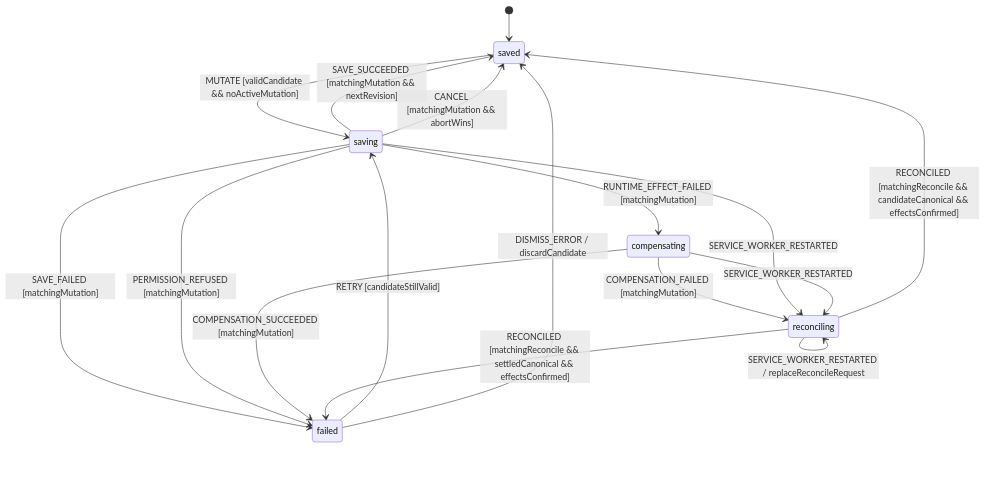
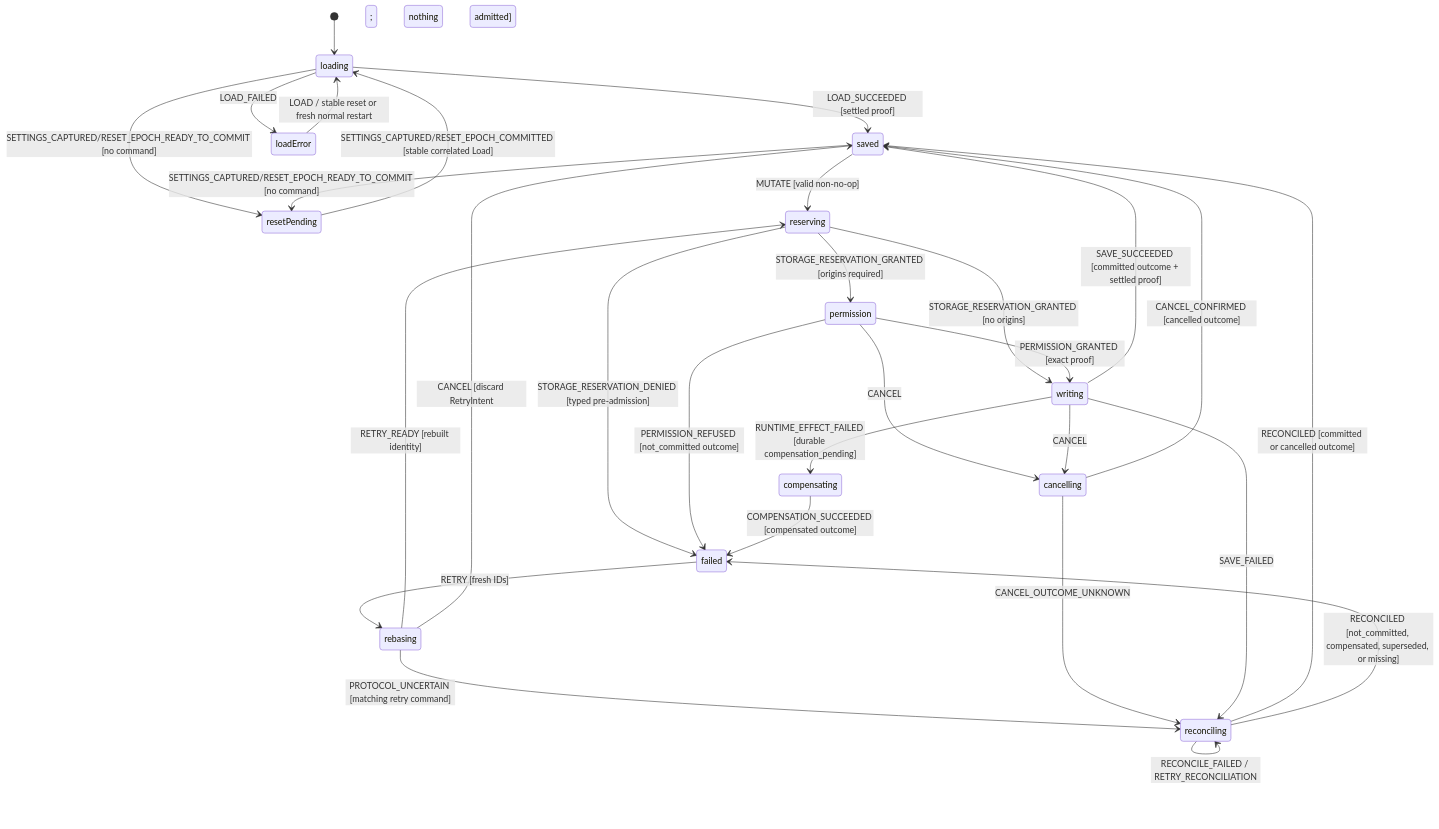
The diagram in apps/extension/src/models/settings-persistence.model.md (guyghost/pulse), drawn with Mermaid before and after one commit. The commit also changed other lines of this file and 14 other files, not shown here.

````diff
--- a/apps/extension/src/models/settings-persistence.model.md
+++ b/apps/extension/src/models/settings-persistence.model.md
@@ -111,22 +668,31 @@
 ```mermaid
 stateDiagram-v2
-  [*] --> saved
-  saved --> saving: MUTATE [validCandidate && noActiveMutation]
-  saving --> saved: SAVE_SUCCEEDED [matchingMutation && nextRevision]
-  saving --> failed: SAVE_FAILED [matchingMutation]
-  saving --> failed: PERMISSION_REFUSED [matchingMutation]
-  saving --> compensating: RUNTIME_EFFECT_FAILED [matchingMutation]
-  compensating --> failed: COMPENSATION_SUCCEEDED [matchingMutation]
-  compensating --> reconciling: COMPENSATION_FAILED [matchingMutation]
-  saving --> reconciling: SERVICE_WORKER_RESTARTED
-  compensating --> reconciling: SERVICE_WORKER_RESTARTED
-  reconciling --> saved: RECONCILED [matchingReconcile && candidateCanonical && effectsConfirmed]
-  reconciling --> failed: RECONCILED [matchingReconcile && settledCanonical && effectsConfirmed]
-  reconciling --> reconciling: RECONCILED [matchingReconcile && effectsUnconfirmed]
-  reconciling --> reconciling: RECONCILE_FAILED [matchingReconcile]
-  reconciling --> reconciling: RETRY_RECONCILIATION
-  reconciling --> reconciling: SERVICE_WORKER_RESTARTED / replaceReconcileRequest
-  failed --> saving: RETRY [candidateStillValid]
-  failed --> saved: DISMISS_ERROR / discardCandidate
-  saving --> saved: CANCEL [matchingMutation && abortWins]
+  [*] --> loading
+  loading --> resetPending: SETTINGS_CAPTURED/RESET_EPOCH_READY_TO_COMMIT [no command]
+  saved --> resetPending: SETTINGS_CAPTURED/RESET_EPOCH_READY_TO_COMMIT [no command]
+  resetPending --> loading: SETTINGS_CAPTURED/RESET_EPOCH_COMMITTED [stable correlated Load]
+  loading --> saved: LOAD_SUCCEEDED [settled proof]
+  loading --> loadError: LOAD_FAILED
+  loadError --> loading: LOAD / stable reset or fresh normal restart
+  saved --> reserving: MUTATE [valid non-no-op]
+  reserving --> permission: STORAGE_RESERVATION_GRANTED [origins required]
+  reserving --> writing: STORAGE_RESERVATION_GRANTED [no origins]
+  reserving --> failed: STORAGE_RESERVATION_DENIED [typed pre-admission]
+  permission --> writing: PERMISSION_GRANTED [exact proof]
+  permission --> failed: PERMISSION_REFUSED [not_committed outcome]
+  failed --> rebasing: RETRY [fresh IDs]
+  rebasing --> reserving: RETRY_READY [rebuilt identity]
+  rebasing --> reconciling: PROTOCOL_UNCERTAIN [matching retry command]
+  writing --> saved: SAVE_SUCCEEDED [committed outcome + settled proof]
+  writing --> compensating: RUNTIME_EFFECT_FAILED [durable compensation_pending]
+  compensating --> failed: COMPENSATION_SUCCEEDED [compensated outcome]
+  permission --> cancelling: CANCEL
+  rebasing --> saved: CANCEL [discard RetryIntent; nothing admitted]
+  writing --> cancelling: CANCEL
+  cancelling --> saved: CANCEL_CONFIRMED [cancelled outcome]
+  cancelling --> reconciling: CANCEL_OUTCOME_UNKNOWN
+  writing --> reconciling: SAVE_FAILED
+  reconciling --> saved: RECONCILED [committed or cancelled outcome]
+  reconciling --> failed: RECONCILED [not_committed, compensated, superseded, or missing]
+  reconciling --> reconciling: RECONCILE_FAILED / RETRY_RECONCILIATION
 ```
````
